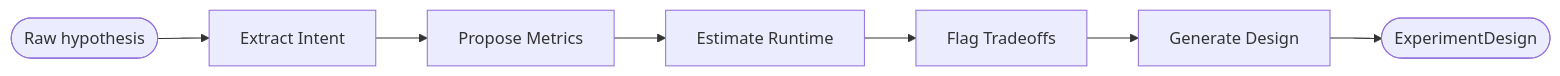
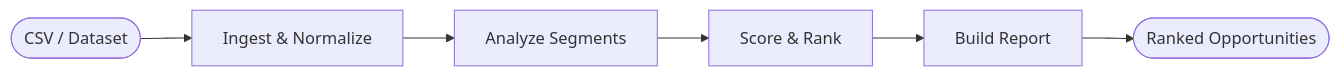
One commit to nishaanjoshi0/experimentiq changed the diagram in README.md. Above: the diagram before and after it, drawn with Mermaid. The commit also changed other lines of this file and 28 other files, not shown here.

````diff
--- a/README.md
+++ b/README.md
@@ -77,9 +76,8 @@
 ```mermaid
 flowchart LR
-    A([Raw hypothesis]) --> B[Extract Intent]
-    B --> C[Propose Metrics]
-    C --> D[Estimate Runtime]
-    D --> E[Flag Tradeoffs]
-    E --> F[Generate Design]
-    F --> G([ExperimentDesign])
+    A([CSV / Dataset]) --> B[Ingest & Normalize]
+    B --> C[Analyze Segments]
+    C --> D[Score & Rank]
+    D --> E[Build Report]
+    E --> F([Ranked Opportunities])
 ```
````
